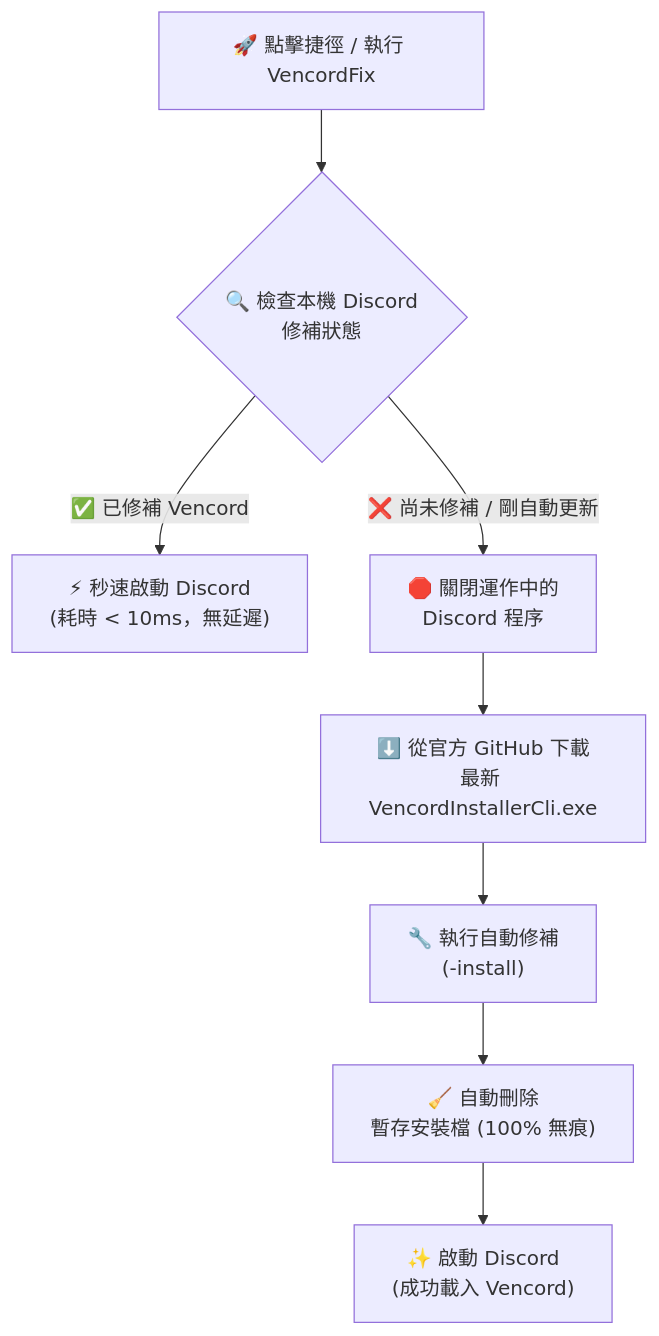
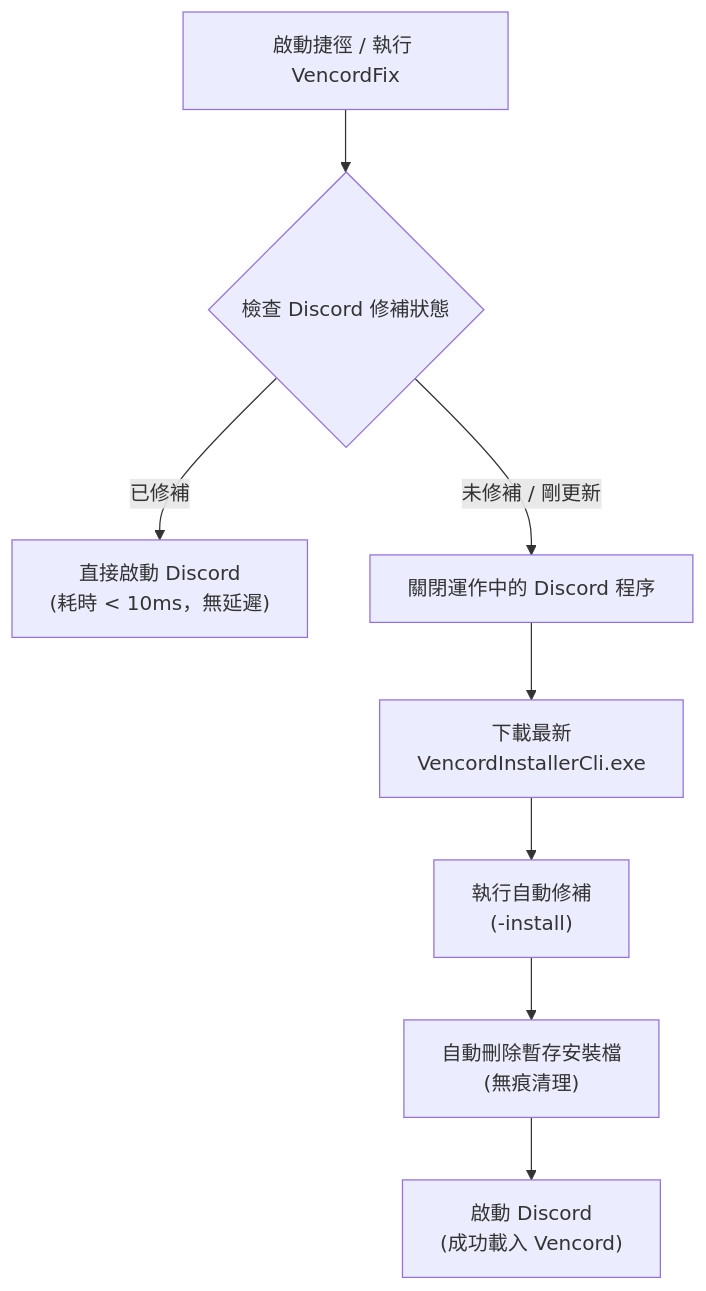
The diagram in docs/README.zh-TW.md (eclipse999/VencordFix), drawn with Mermaid before and after one commit. The commit also changed other lines of this file and 1 other file, not shown here.

Commit message:
style: refine documentation tone, remove emoji clutter, and fix flowchart text truncation

````diff
--- a/docs/README.zh-TW.md
+++ b/docs/README.zh-TW.md
@@ -58,10 +58,10 @@
 ```mermaid
 flowchart TD
-    A["🚀 點擊捷徑 / 執行 VencordFix"] --> B{"🔍 檢查本機 Discord<br/>修補狀態"}
-    B -->|"✅ 已修補 Vencord"| C["⚡ 秒速啟動 Discord<br/>(耗時 &lt; 10ms，無延遲)"]
-    B -->|"❌ 尚未修補 / 剛自動更新"| D["🛑 關閉運作中的<br/>Discord 程序"]
-    D --> E["⬇️ 從官方 GitHub 下載<br/>最新 VencordInstallerCli.exe"]
-    E --> F["🔧 執行自動修補<br/>(-install)"]
-    F --> G["🧹 自動刪除<br/>暫存安裝檔 (100% 無痕)"]
-    G --> H["✨ 啟動 Discord<br/>(成功載入 Vencord)"]
+    A["啟動捷徑 / 執行 VencordFix"] --> B{"檢查 Discord 修補狀態"}
+    B -->|已修補| C["直接啟動 Discord<br/>(耗時 &lt; 10ms，無延遲)"]
+    B -->|未修補 / 剛更新| D["關閉運作中的 Discord 程序"]
+    D --> E["下載最新<br/>VencordInstallerCli.exe"]
+    E --> F["執行自動修補<br/>(-install)"]
+    F --> G["自動刪除暫存安裝檔<br/>(無痕清理)"]
+    G --> H["啟動 Discord<br/>(成功載入 Vencord)"]
 ```
````
